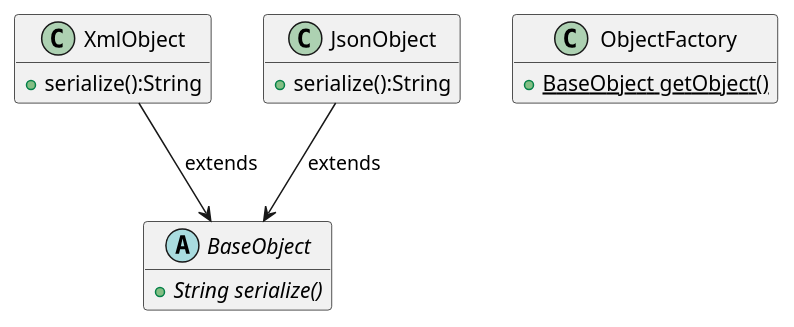
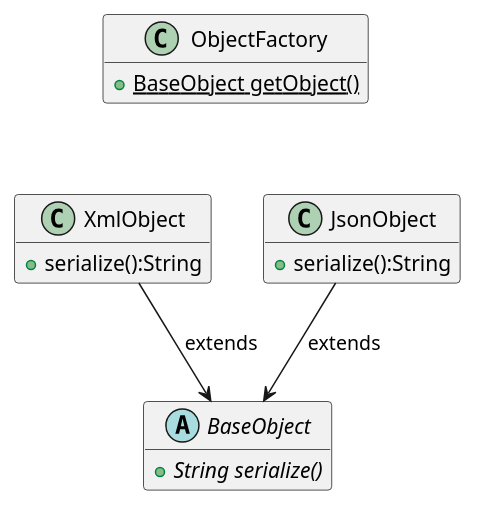
The diagram in justifications/ContentNegotiation/ContentNegotiationImplementation.puml (huntertran/concordia-thesis-topic), drawn with PlantUML before and after one commit. The commit also changed 1 other file, not shown here.

```diff
--- a/justifications/ContentNegotiation/ContentNegotiationImplementation.puml
+++ b/justifications/ContentNegotiation/ContentNegotiationImplementation.puml
@@ -1,24 +1,27 @@
 @startuml content_negotiation
 
 hide empty members
 
 abstract BaseObject {
     {abstract} + String serialize()
 }
 
 class XmlObject {
     +serialize():String
 }
 
 class JsonObject {
     +serialize():String
 }
 
 class ObjectFactory {
     {static} + BaseObject getObject()
 }
 
 JsonObject --> BaseObject : extends
 XmlObject --> BaseObject : extends
 
+ObjectFactory -[hidden]- XmlObject
+ObjectFactory -[hidden]- JsonObject
+
 @enduml
```
